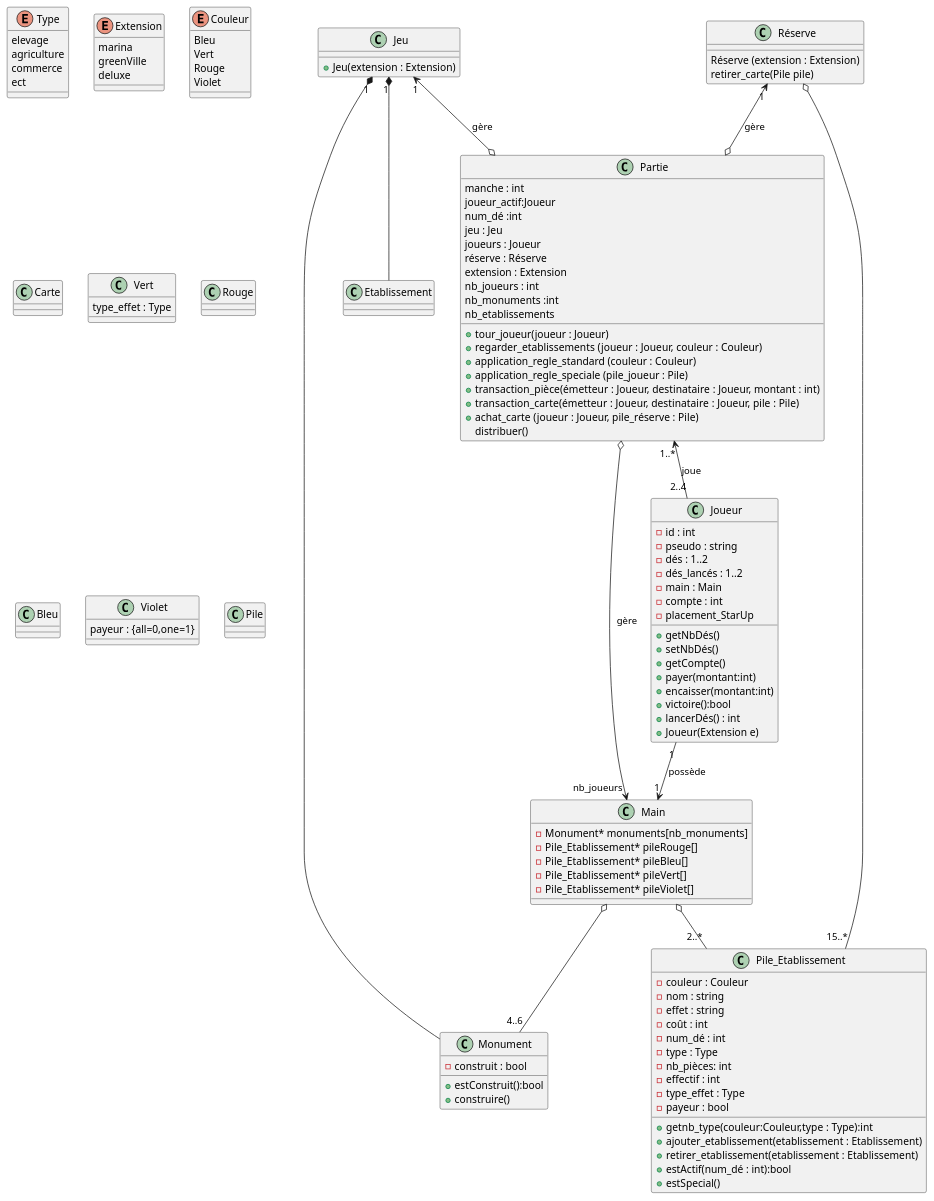
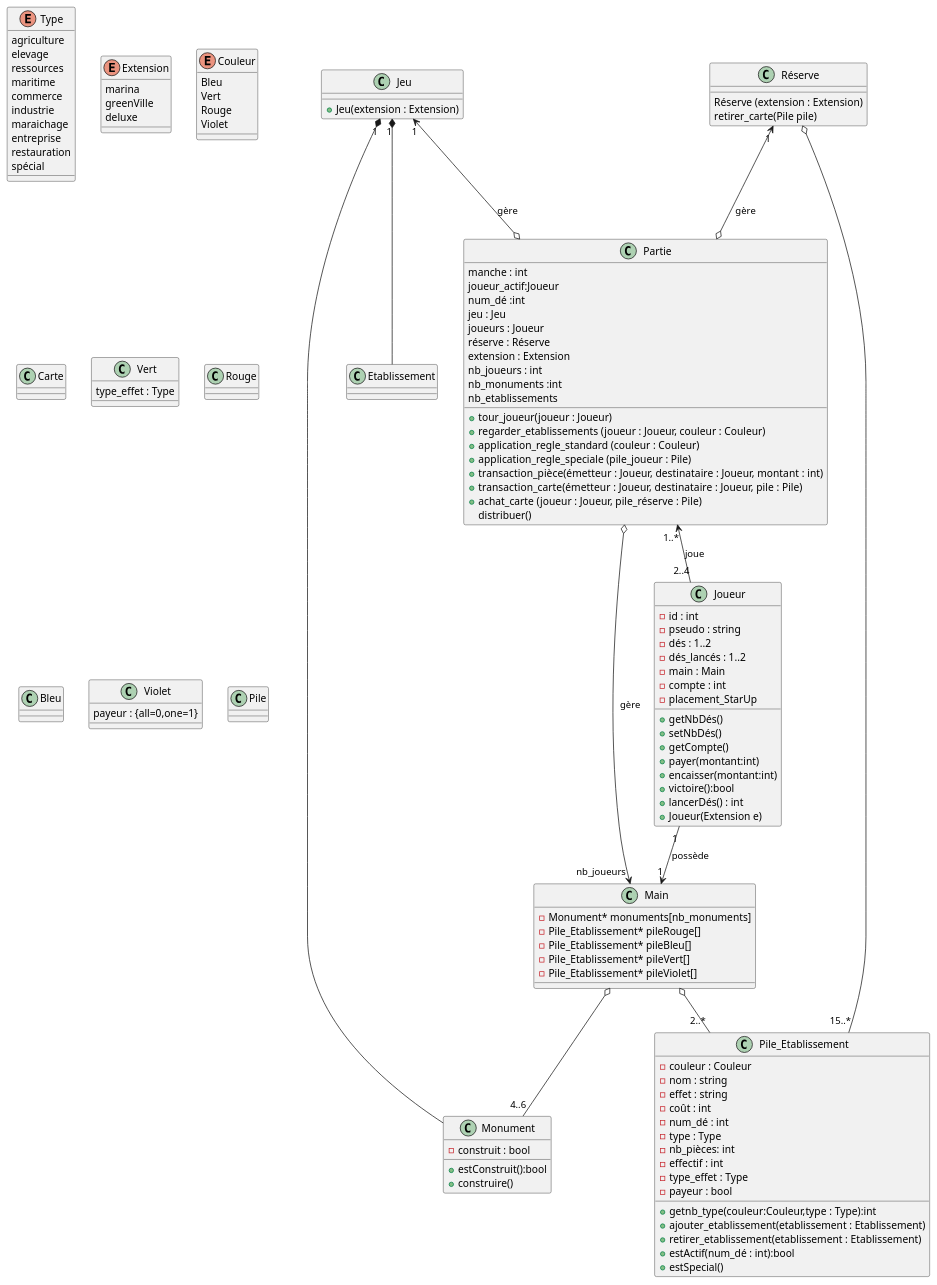
The diagram in UML_v3.plantuml (UTCGI/Projet_LO21), drawn with PlantUML before and after one commit.

Commit message:
modif enum Type

```diff
--- a/UML_v3.plantuml
+++ b/UML_v3.plantuml
@@ -1,141 +1,159 @@
 @startuml
 enum Type
 enum Extension
 enum Couleur
 class Partie
 class Jeu
 class Carte
 class Monument
 class Etablissement
 class Vert
 class Rouge
 class Bleu 
 class Violet
 class Réserve
 class Joueur
 class Main
 class Pile
 
 enum Type{
+agriculture
 elevage
-agriculture
+ressources
+maritime
 commerce
-ect
+industrie
+maraichage
+entreprise
+restauration
+spécial
 }
+/'enum Type{
+epi
+vache
+engrenage
+bateau
+carton
+usine
+pomme
+valise
+tasse
+tour 'ça ressemble à une tour non ?
+}'/
 enum Couleur {
 Bleu
 Vert
 Rouge
 Violet
 }
 enum Extension {
 marina
 greenVille
 deluxe
 }
 
 class  Partie{
  manche : int
  joueur_actif:Joueur
  num_dé :int
  jeu : Jeu
  joueurs : Joueur
  réserve : Réserve
  extension : Extension
  nb_joueurs : int
  nb_monuments :int
  nb_etablissements
 }
 Partie : +tour_joueur(joueur : Joueur)
 Partie : +regarder_etablissements (joueur : Joueur, couleur : Couleur)
 Partie : +application_regle_standard (couleur : Couleur)
 Partie : +application_regle_speciale (pile_joueur : Pile)
 Partie : +transaction_pièce(émetteur : Joueur, destinataire : Joueur, montant : int)
 Partie : +transaction_carte(émetteur : Joueur, destinataire : Joueur, pile : Pile)
 Partie : +achat_carte (joueur : Joueur, pile_réserve : Pile)
 Partie : distribuer()
 
 class Jeu{
 
 }
 Jeu : +Jeu(extension : Extension)
 
 
 class Monument {
 
  -construit : bool
  
 }
 Monument : +estConstruit():bool
 Monument : +construire()
 
 
 class Vert {
 type_effet : Type
 }
 class Violet {
 payeur : {all=0,one=1}
 }
 class Rouge{
 }
 class Bleu{
 }
 class  Réserve{
 }
 Réserve : Réserve (extension : Extension)
 Réserve : retirer_carte(Pile pile)
 class  Joueur{
  -id : int
  -pseudo : string
  -dés : 1..2
  -dés_lancés : 1..2
  -main : Main
  -compte : int
  -placement_StarUp
 }
 Joueur : +getNbDés()
 Joueur : +setNbDés()
 Joueur : +getCompte()
 Joueur : +payer(montant:int)
 Joueur : +encaisser(montant:int)
 Joueur : +victoire():bool
 Joueur : +lancerDés() : int
 Joueur : +Joueur(Extension e)
 
 class Pile_Etablissement{
  -couleur : Couleur
  -nom : string
  -effet : string
  -coût : int
  -num_dé : int
  -type : Type
  -nb_pièces: int
  -effectif : int
  -type_effet : Type
  -payeur : bool
 }
 Pile_Etablissement : +getnb_type(couleur:Couleur,type : Type):int
 Pile_Etablissement : +ajouter_etablissement(etablissement : Etablissement)
 Pile_Etablissement : +retirer_etablissement(etablissement : Etablissement)
 Pile_Etablissement : +estActif(num_dé : int):bool
 Pile_Etablissement : +estSpecial()
 class  Main{
 -Monument* monuments[nb_monuments]
 -Pile_Etablissement* pileRouge[]
 -Pile_Etablissement* pileBleu[]
 -Pile_Etablissement* pileVert[]
 -Pile_Etablissement* pileViolet[]
 }
 
 Jeu "1" <--o Partie:"gère"
 Réserve "1" <--o Partie:"gère"
 Partie "1..*" <-- "2..4" Joueur :"joue"
 Partie o--> "nb_joueurs" Main :"gère"
 Jeu "1" *-- Etablissement
 Jeu "1" *-- Monument
 Joueur "1" --> "1" Main : "possède"
 Main o-- "4..6" Monument
 Main  o-- "2..*" Pile_Etablissement
 Réserve o-- "15..*" Pile_Etablissement
 
 @endUML
```
